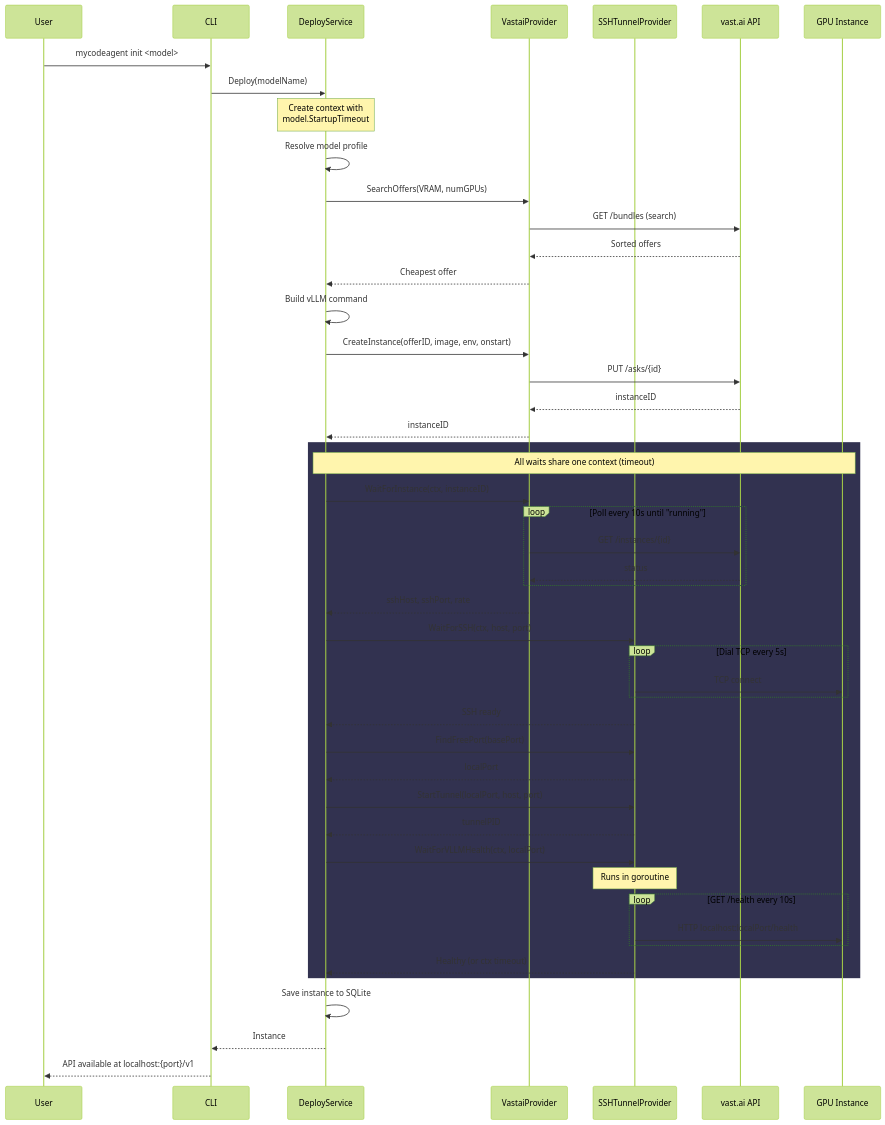
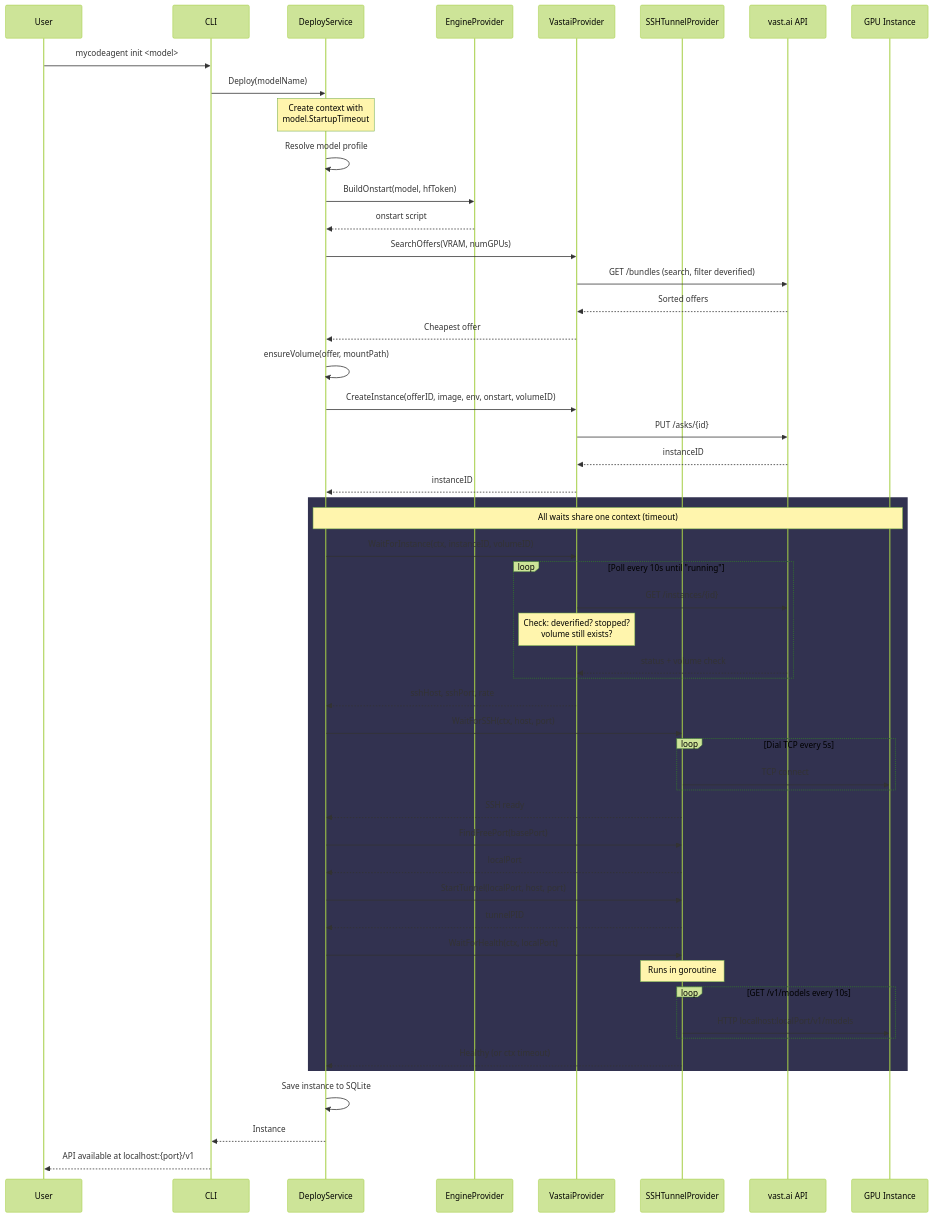
The second of 7 diagrams in docs/Solution.md (WWTLF/mycodeagent), drawn with Mermaid (forest theme) before and after one commit. The commit also changed other lines of this file and 6 other files, not shown here.

````diff
--- a/docs/Solution.md
+++ b/docs/Solution.md
@@ -38,60 +66,64 @@
 ```mermaid
 sequenceDiagram
     participant User
     participant CLI
     participant DeployService
+    participant EngineProvider
     participant VastaiProvider
     participant SSHTunnelProvider
     participant VastAI as vast.ai API
     participant Remote as GPU Instance
 
     User->>CLI: mycodeagent init <model>
     CLI->>DeployService: Deploy(modelName)
 
     Note over DeployService: Create context with<br/>model.StartupTimeout
 
     DeployService->>DeployService: Resolve model profile
+    DeployService->>EngineProvider: BuildOnstart(model, hfToken)
+    EngineProvider-->>DeployService: onstart script
     DeployService->>VastaiProvider: SearchOffers(VRAM, numGPUs)
-    VastaiProvider->>VastAI: GET /bundles (search)
+    VastaiProvider->>VastAI: GET /bundles (search, filter deverified)
     VastAI-->>VastaiProvider: Sorted offers
     VastaiProvider-->>DeployService: Cheapest offer
 
-    DeployService->>DeployService: Build vLLM command
-    DeployService->>VastaiProvider: CreateInstance(offerID, image, env, onstart)
+    DeployService->>DeployService: ensureVolume(offer, mountPath)
+    DeployService->>VastaiProvider: CreateInstance(offerID, image, env, onstart, volumeID)
     VastaiProvider->>VastAI: PUT /asks/{id}
     VastAI-->>VastaiProvider: instanceID
     VastaiProvider-->>DeployService: instanceID
 
     rect rgb(50, 50, 80)
         Note over DeployService,Remote: All waits share one context (timeout)
-        DeployService->>VastaiProvider: WaitForInstance(ctx, instanceID)
+        DeployService->>VastaiProvider: WaitForInstance(ctx, instanceID, volumeID)
         loop Poll every 10s until "running"
             VastaiProvider->>VastAI: GET /instances/{id}
-            VastAI-->>VastaiProvider: status
+            Note over VastaiProvider: Check: deverified? stopped?<br/>volume still exists?
+            VastAI-->>VastaiProvider: status + volume check
         end
         VastaiProvider-->>DeployService: sshHost, sshPort, rate
 
         DeployService->>SSHTunnelProvider: WaitForSSH(ctx, host, port)
         loop Dial TCP every 5s
             SSHTunnelProvider->>Remote: TCP connect
         end
         SSHTunnelProvider-->>DeployService: SSH ready
 
         DeployService->>SSHTunnelProvider: FindFreePort(basePort)
         SSHTunnelProvider-->>DeployService: localPort
 
         DeployService->>SSHTunnelProvider: StartTunnel(localPort, host, port)
         SSHTunnelProvider-->>DeployService: tunnelPID
 
-        DeployService->>SSHTunnelProvider: WaitForVLLMHealth(ctx, localPort)
+        DeployService->>SSHTunnelProvider: WaitForHealth(ctx, localPort)
         Note over SSHTunnelProvider: Runs in goroutine
-        loop GET /health every 10s
-            SSHTunnelProvider->>Remote: HTTP localhost:localPort/health
+        loop GET /v1/models every 10s
+            SSHTunnelProvider->>Remote: HTTP localhost:localPort/v1/models
         end
         SSHTunnelProvider-->>DeployService: Healthy (or ctx timeout)
     end
 
     DeployService->>DeployService: Save instance to SQLite
     DeployService-->>CLI: Instance
     CLI-->>User: API available at localhost:{port}/v1
 ```
````
